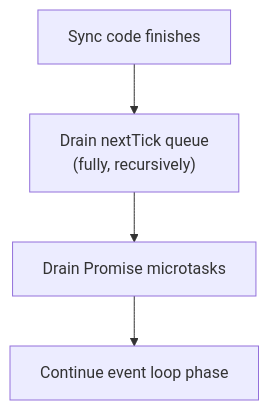
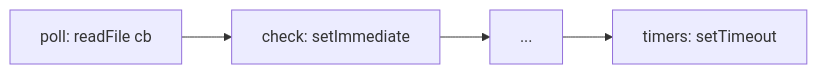
The eighth of 13 diagrams in docs/javascript/10-event-loop.md (prajjwaljogdand/FullstackPreparation), drawn with Mermaid before and after one commit. The commit also changed other lines of this file and 91 other files, not shown here.

````diff
--- a/docs/javascript/10-event-loop.md
+++ b/docs/javascript/10-event-loop.md
@@ -378,6 +593,4 @@
 ```mermaid
-flowchart TD
-  Sync["Sync code finishes"] --> NT["Drain nextTick queue\n(fully, recursively)"]
-  NT --> PJ["Drain Promise microtasks"]
-  PJ --> Phase["Continue event loop phase"]
+flowchart LR
+  Poll["poll: readFile cb"] --> Check["check: setImmediate"] --> ... --> Timers["timers: setTimeout"]
 ```
````
